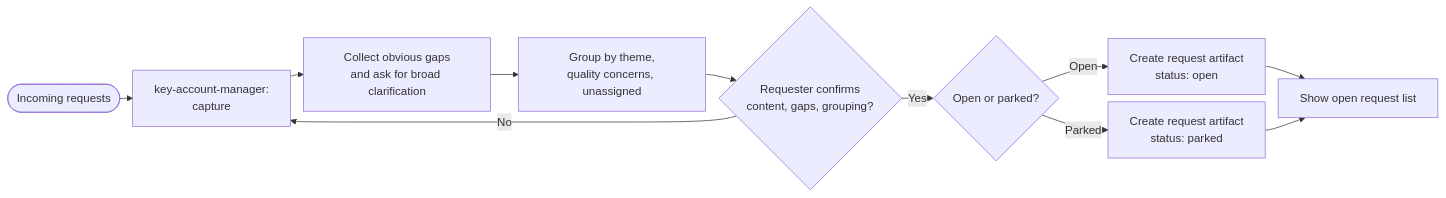
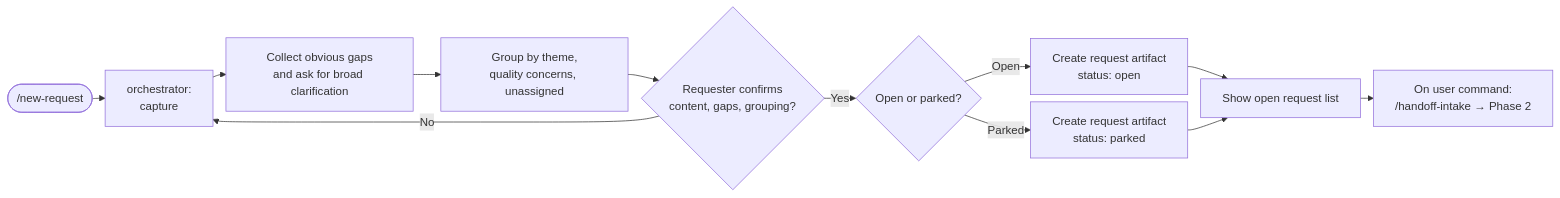
One commit to lyndametref/opencode-dev-workflow changed the diagram in workflows/orchestrator/1-Request_intake.md. Above: the diagram before and after it, drawn with Mermaid. The commit also changed other lines of this file and 9 other files, not shown here.

````diff
--- a/workflows/orchestrator/1-Request_intake.md
+++ b/workflows/orchestrator/1-Request_intake.md
@@ -15,14 +17,15 @@
 ```mermaid
 %%{init: {"flowchart": {"nodeSpacing": 10, "rankSpacing": 18}}}%%
 flowchart LR
-    START([Incoming requests]) --> CAP["key-account-manager:<br/>capture"]
+    START([/new-request]) --> CAP["orchestrator:<br/>capture"]
     CAP --> GAP["Collect obvious gaps<br/>and ask for broad clarification"]
     GAP --> GROUP["Group by theme,<br/>quality concerns, unassigned"]
     GROUP --> CONFIRM{"Requester confirms<br/>content, gaps, grouping?"}
     CONFIRM -->|"No"| CAP
     CONFIRM -->|"Yes"| HOLD{"Open or parked?"}
     HOLD -->|"Open"| ART["Create request artifact<br/>status: open"]
     HOLD -->|"Parked"| PARK["Create request artifact<br/>status: parked"]
     ART --> LIST["Show open request list"]
     PARK --> LIST
+    LIST --> HANDOFF["On user command:<br/>/handoff-intake → Phase 2"]
 ```
````
